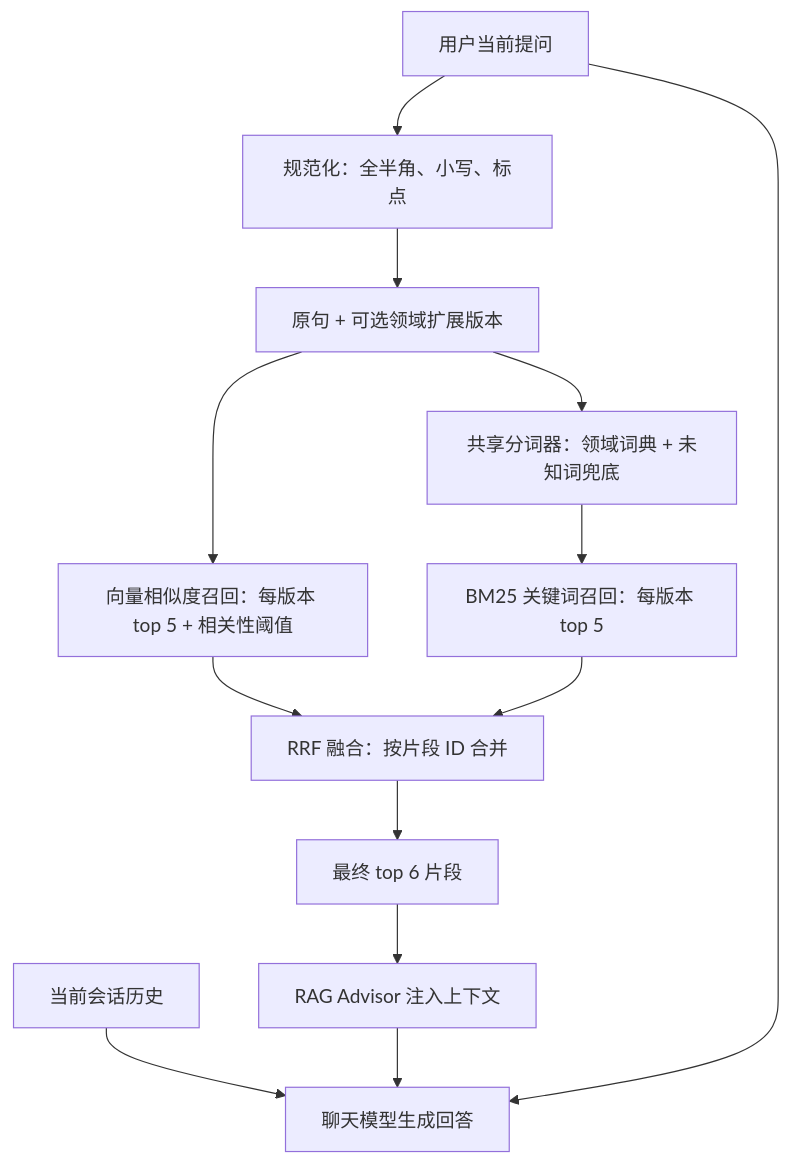
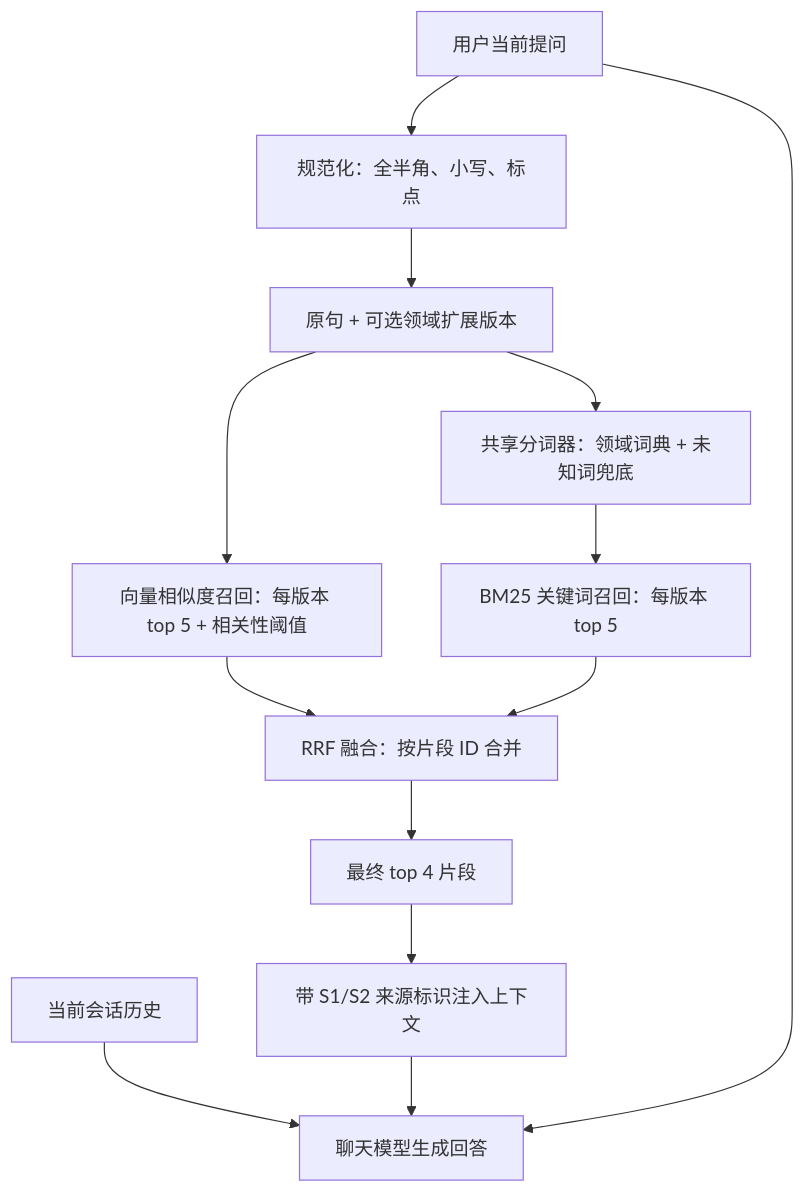
One commit to Lyh2422/liu-ai-agent changed the diagram in docs/hybrid-retrieval.md. Above: the diagram before and after it, drawn with Mermaid. The commit also changed other lines of this file, not shown here.

````diff
--- a/docs/hybrid-retrieval.md
+++ b/docs/hybrid-retrieval.md
@@ -41,15 +44,15 @@
 ```mermaid
 flowchart TD
     U[用户当前提问] --> N[规范化：全半角、小写、标点]
     N --> E[原句 + 可选领域扩展版本]
     E --> V[向量相似度召回：每版本 top 5 + 相关性阈值]
     E --> T[共享分词器：领域词典 + 未知词兜底]
     T --> B[BM25 关键词召回：每版本 top 5]
     V --> R[RRF 融合：按片段 ID 合并]
     B --> R
-    R --> C[最终 top 6 片段]
-    C --> A[RAG Advisor 注入上下文]
+    R --> C[最终 top 4 片段]
+    C --> A[带 S1/S2 来源标识注入上下文]
     H[当前会话历史] --> M[聊天模型生成回答]
     A --> M
     U --> M
 ```
````
